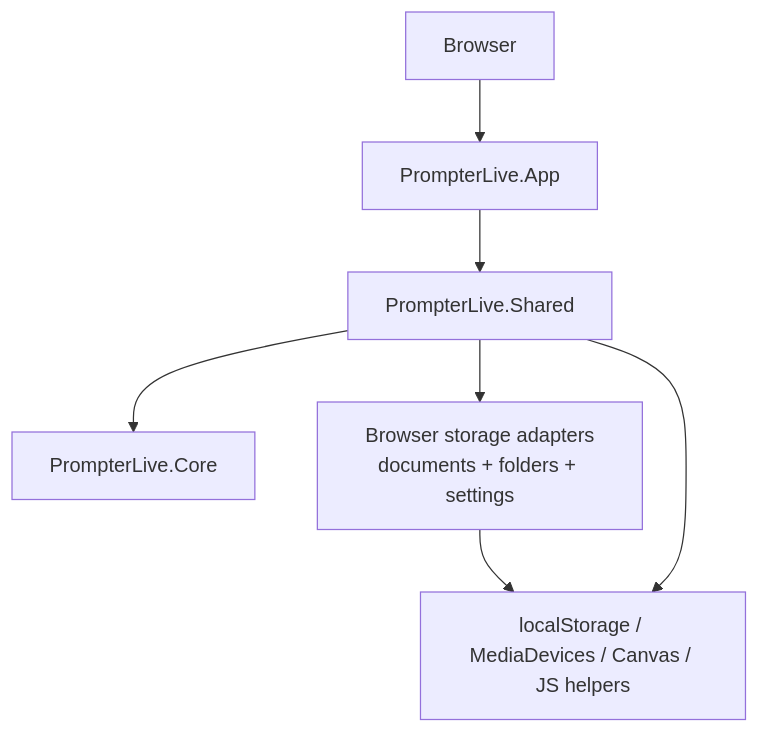
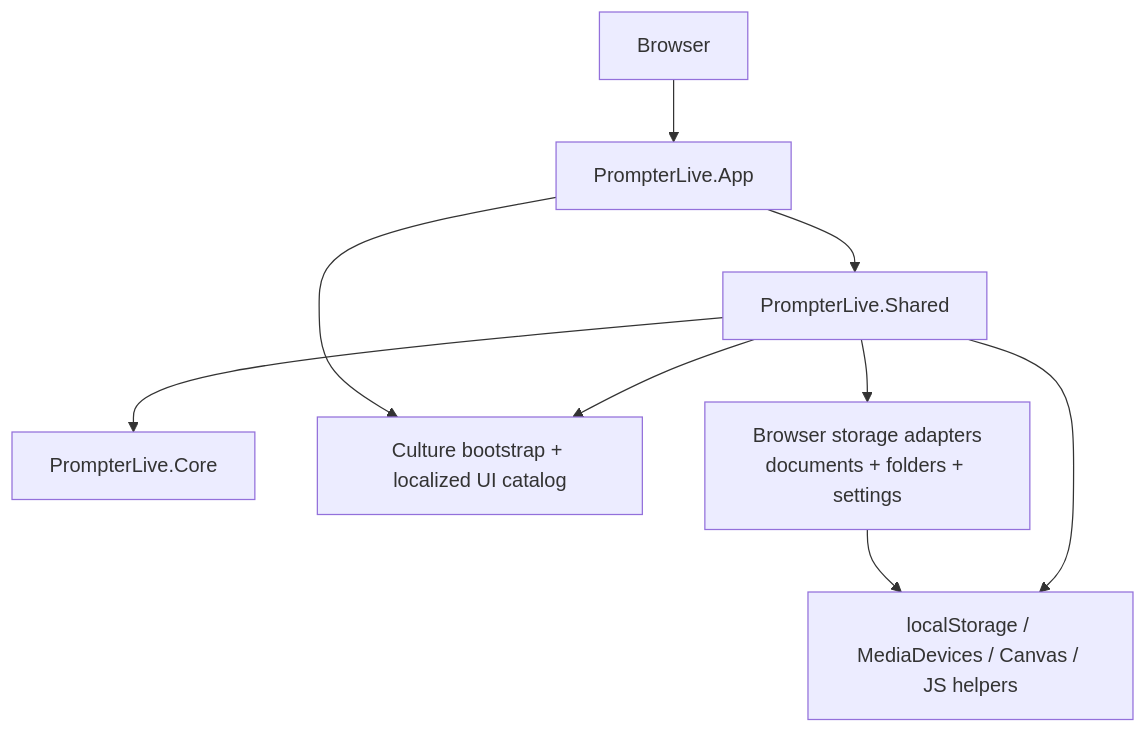
Before and after one commit to managedcode/PrompterOne: the second of 11 diagrams in docs/Architecture.md, drawn with Mermaid. The commit also changed other lines of this file and 153 other files, not shown here.

````diff
--- a/docs/Architecture.md
+++ b/docs/Architecture.md
@@ -44,16 +44,19 @@
 ```mermaid
 flowchart TD
     Browser["Browser"]
     WasmHost["PrompterLive.App"]
     Ui["PrompterLive.Shared"]
     Domain["PrompterLive.Core"]
+    Localization["Culture bootstrap + localized UI catalog"]
     BrowserStorage["Browser storage adapters<br/>documents + folders + settings"]
     WebApis["localStorage / MediaDevices / Canvas / JS helpers"]
 
     Browser --> WasmHost
     WasmHost --> Ui
     Ui --> Domain
+    WasmHost --> Localization
+    Ui --> Localization
     Ui --> BrowserStorage
     BrowserStorage --> WebApis
     Ui --> WebApis
 ```
````
